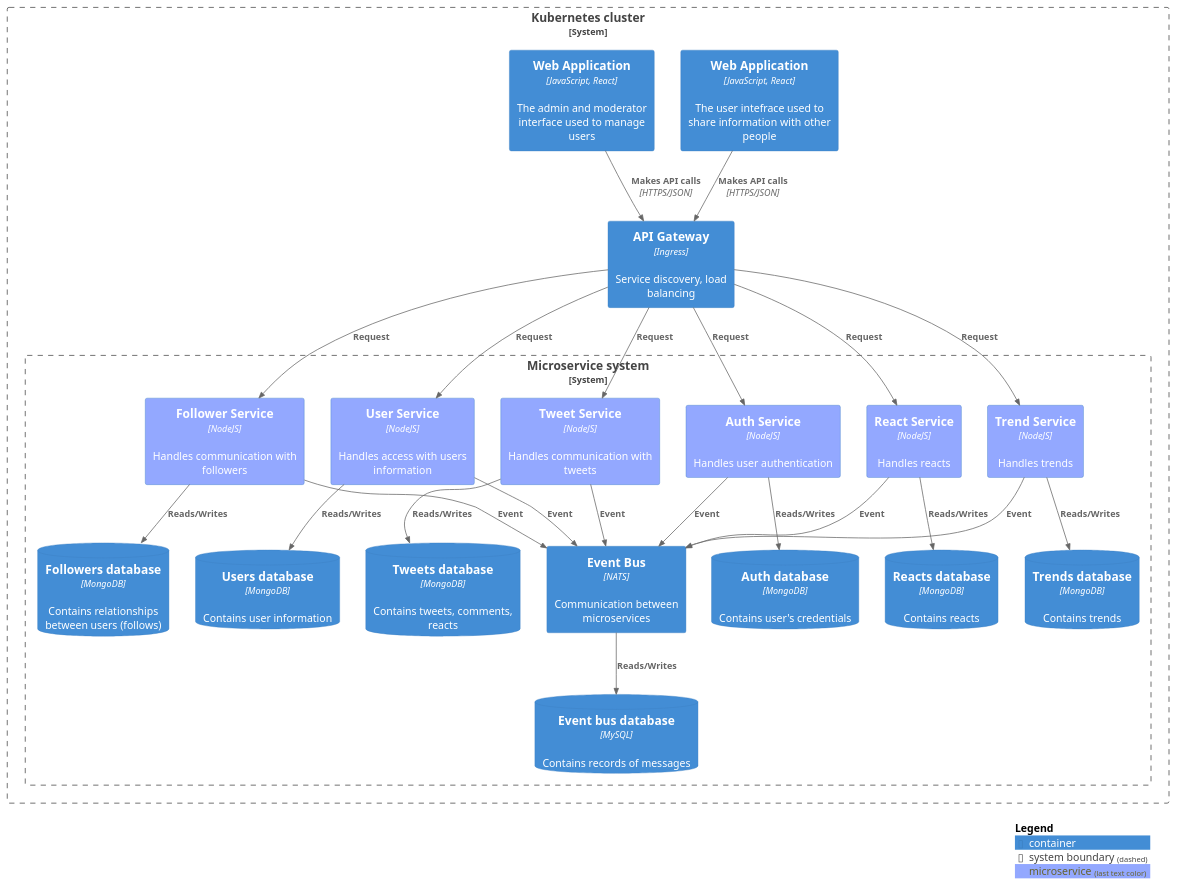
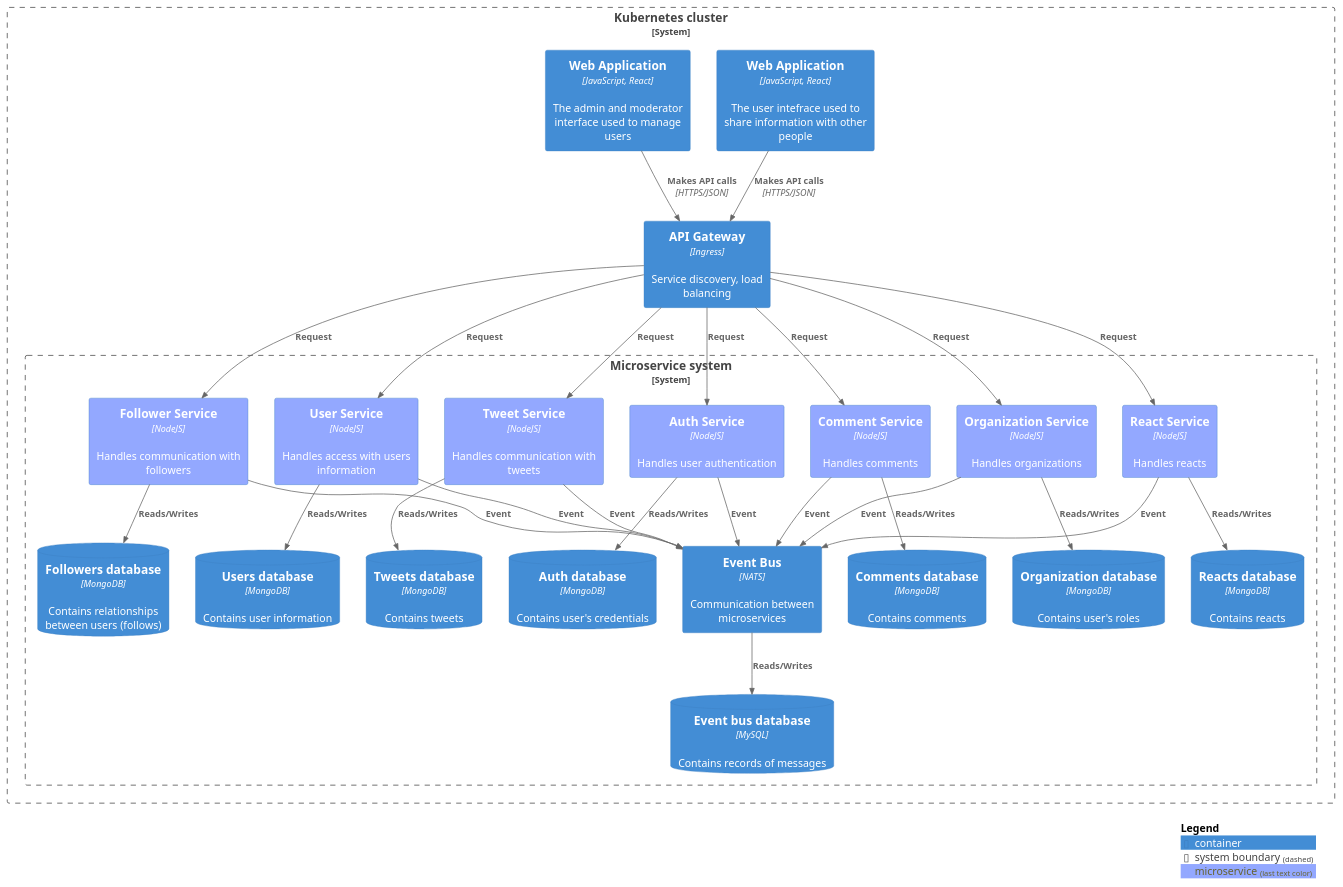
The diagram in Diagrams/c3.puml (ivanovb3/Kwetter), drawn with PlantUML before and after one commit. The commit also changed 1 other file, not shown here.

Commit message:
diagram changes

```diff
--- a/Diagrams/c3.puml
+++ b/Diagrams/c3.puml
@@ -1,58 +1,63 @@
 @startuml blogging_context
 !include https://raw.githubusercontent.com/plantuml-stdlib/C4-PlantUML/master/C4_Container.puml
 
 AddElementTag("microservice", $bgColor="#93A8FF")
 
 System_Boundary(c1, "Kubernetes cluster") {
 Container(frontend, "Web Application", "JavaScript, React", "The user intefrace used to share information with other people")
 Container(frontendmods, "Web Application", "JavaScript, React", "The admin and moderator interface used to manage users")
 Container(gateway, "API Gateway", "Ingress", "Service discovery, load balancing")
 
 System_Boundary(c3, "Microservice system") {
     Container(userservice, "User Service", "NodeJS", "Handles access with users information", $tags="microservice")
     Container(tweetservice, "Tweet Service", "NodeJS", "Handles communication with tweets", $tags="microservice")
     Container(followerservice, "Follower Service", "NodeJS", "Handles communication with followers", $tags="microservice")
     Container(authservice, "Auth Service", "NodeJS", "Handles user authentication", $tags="microservice")
     Container(reactservice, "React Service", "NodeJS", "Handles reacts", $tags="microservice")
-    Container(trendservice, "Trend Service", "NodeJS", "Handles trends", $tags="microservice")
+    Container(commentservice, "Comment Service", "NodeJS", "Handles comments", $tags="microservice")
+    Container(organizationservice, "Organization Service", "NodeJS", "Handles organizations", $tags="microservice")
 
     ContainerDb(usersdb, "Users database", "MongoDB", "Contains user information")
-    ContainerDb(tweetsdb, "Tweets database", "MongoDB", "Contains tweets, comments, reacts")    
+    ContainerDb(tweetsdb, "Tweets database", "MongoDB", "Contains tweets")    
     ContainerDb(followersdb, "Followers database", "MongoDB", "Contains relationships between users (follows)")
     ContainerDb(reactsdb, "Reacts database", "MongoDB", "Contains reacts")    
-    ContainerDb(trendsdb, "Trends database", "MongoDB", "Contains trends") 
-    ContainerDb(authdb, "Auth database", "MongoDB", "Contains user's credentials") 
+    ContainerDb(commentsdb, "Comments database", "MongoDB", "Contains comments") 
+    ContainerDb(authdb, "Auth database", "MongoDB", "Contains user's credentials")
+    ContainerDb(organizationdb, "Organization database", "MongoDB", "Contains user's roles") 
 
     Container(eventbus, "Event Bus", "NATS", "Communication between microservices")
     ContainerDb(eventdb, "Event bus database", "MySQL", "Contains records of messages")  
     }
 }
 
 
 Rel(frontend, gateway, "Makes API calls ", "HTTPS/JSON")
 Rel(frontendmods, gateway, "Makes API calls ", "HTTPS/JSON")
 Rel(gateway, userservice, "Request")
 Rel(gateway, tweetservice, "Request")
 Rel(gateway, followerservice, "Request")
 Rel(gateway, reactservice, "Request")
-Rel(gateway, trendservice, "Request")
+Rel(gateway, commentservice, "Request")
 Rel(gateway, authservice, "Request")
+Rel(gateway, organizationservice, "Request")
 
 Rel(userservice, usersdb, "Reads/Writes")
 Rel(tweetservice, tweetsdb, "Reads/Writes")
 Rel(followerservice, followersdb, "Reads/Writes")
-Rel(trendservice, trendsdb, "Reads/Writes")
+Rel(commentservice, commentsdb, "Reads/Writes")
 Rel(reactservice, reactsdb, "Reads/Writes")
 Rel(authservice, authdb, "Reads/Writes")
+Rel(organizationservice, organizationdb, "Reads/Writes")
 
 Rel(userservice, eventbus, "Event")
 Rel(tweetservice, eventbus, "Event")
 Rel(followerservice, eventbus, "Event")
-Rel(trendservice, eventbus, "Event")
+Rel(commentservice, eventbus, "Event")
 Rel(reactservice, eventbus, "Event")
 Rel(authservice, eventbus, "Event")
+Rel(organizationservice, eventbus, "Event")
 
 Rel(eventbus, eventdb, "Reads/Writes")
 
 SHOW_LEGEND()
 @enduml
```
